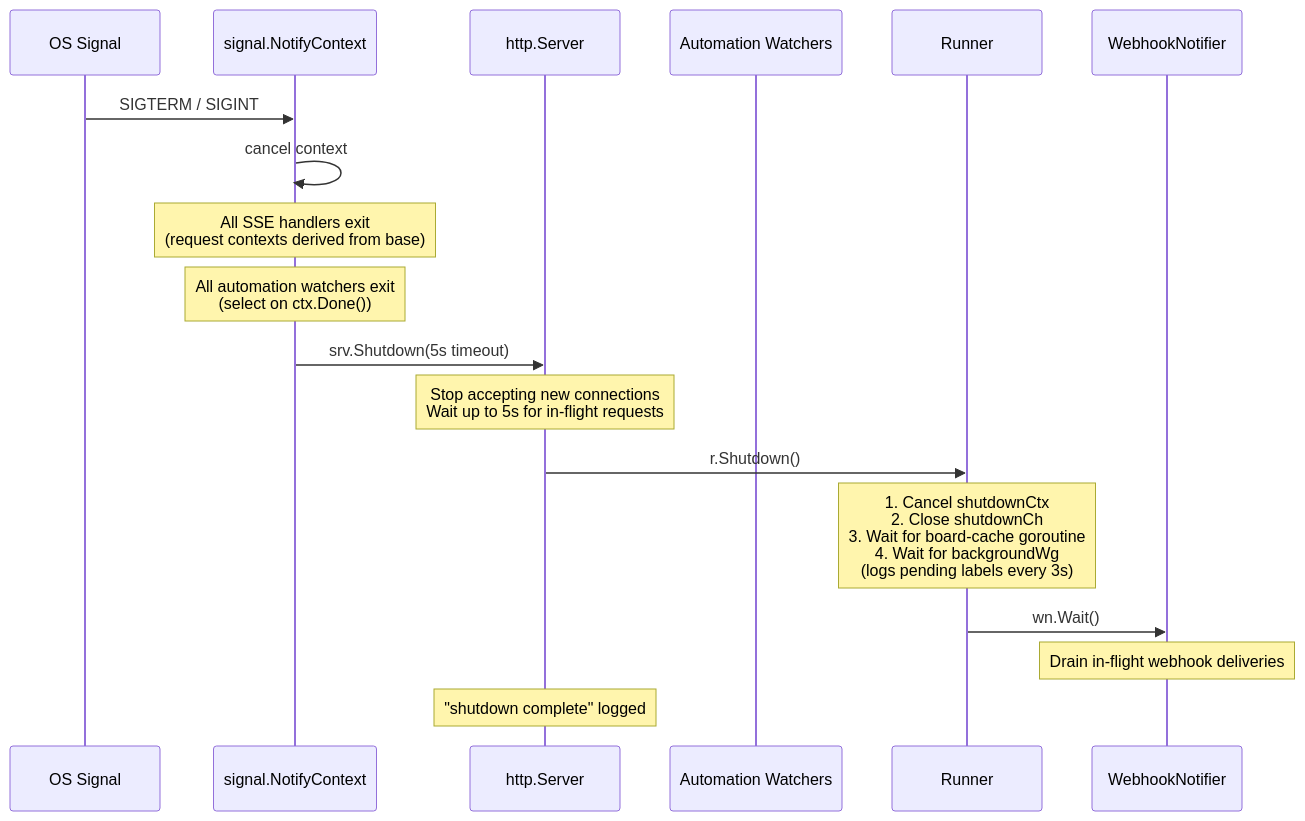
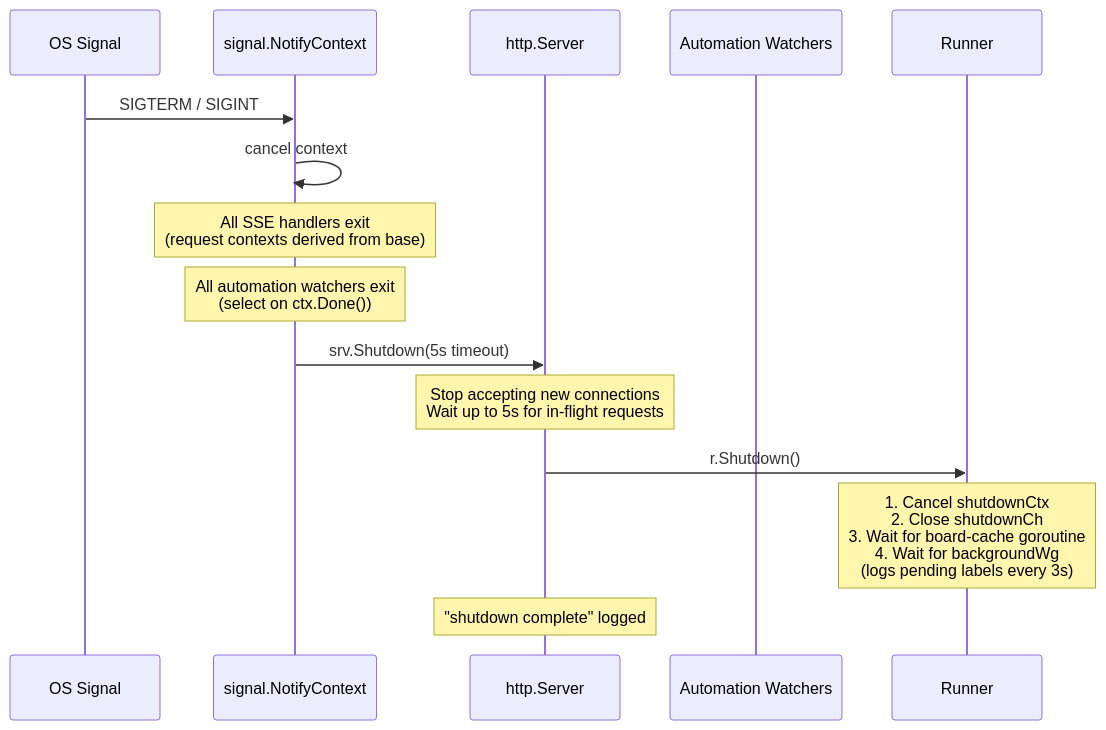
The third of 3 diagrams in docs/internals/api-and-transport.md (changkun/wallfacer), drawn with Mermaid before and after one commit. The commit also changed other lines of this file and 26 other files, not shown here.

````diff
--- a/docs/internals/api-and-transport.md
+++ b/docs/internals/api-and-transport.md
@@ -508,25 +434,21 @@
 ```mermaid
 sequenceDiagram
     participant OS as OS Signal
     participant Ctx as signal.NotifyContext
     participant Srv as http.Server
     participant Watchers as Automation Watchers
     participant Runner as Runner
-    participant Webhook as WebhookNotifier
 
     OS->>Ctx: SIGTERM / SIGINT
     Ctx->>Ctx: cancel context
     Note over Ctx: All SSE handlers exit<br/>(request contexts derived from base)
     Note over Ctx: All automation watchers exit<br/>(select on ctx.Done())
 
     Ctx->>Srv: srv.Shutdown(5s timeout)
     Note over Srv: Stop accepting new connections<br/>Wait up to 5s for in-flight requests
 
     Srv->>Runner: r.Shutdown()
     Note over Runner: 1. Cancel shutdownCtx<br/>2. Close shutdownCh<br/>3. Wait for board-cache goroutine<br/>4. Wait for backgroundWg<br/>   (logs pending labels every 3s)
 
-    Runner->>Webhook: wn.Wait()
-    Note over Webhook: Drain in-flight webhook deliveries
-
     Note over Srv: "shutdown complete" logged
 ```
````
